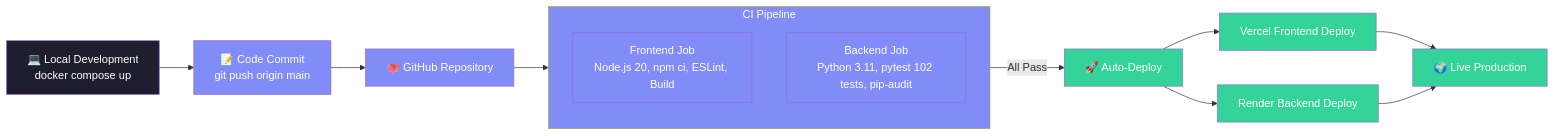
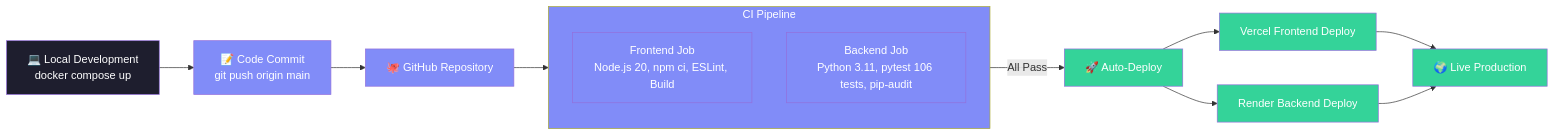
Diagram 19 of 34 in ARCHITECTURE.md (Anil-Pradhan-web/ai-career-mentor), drawn with Mermaid before and after one commit. The commit also changed other lines of this file, not shown here.

Commit message:
docs: sync Section 9 CI tests count and Docker resources with configs

````diff
--- a/ARCHITECTURE.md
+++ b/ARCHITECTURE.md
@@ -1109,31 +1109,31 @@
 ```mermaid
 flowchart LR
     classDef dev fill:#1e1e2e,color:#fff
     classDef ci fill:#818cf8,color:#fff
     classDef deploy fill:#34d399,color:#fff
 
     DEV["💻 Local Development<br/>docker compose up"] --> CODE["📝 Code Commit<br/>git push origin main"]
     
     CODE --> GH["🐙 GitHub Repository"]
     
     GH --> CI["⚙️ GitHub Actions<br/>Parallel CI Pipeline"]
     
     subgraph CI [CI Pipeline]
         FJ["Frontend Job<br/>Node.js 20, npm ci, ESLint, Build"]
-        BJ["Backend Job<br/>Python 3.11, pytest 102 tests, pip-audit"]
+        BJ["Backend Job<br/>Python 3.11, pytest 106 tests, pip-audit"]
     end
     
     CI -->|"All Pass"| DEPLOY["🚀 Auto-Deploy"]
     
     DEPLOY --> VERCEL["Vercel Frontend Deploy"]
     DEPLOY --> RENDER["Render Backend Deploy"]
     
     VERCEL --> LIVE["🌍 Live Production"]
     RENDER --> LIVE
 
     class DEV dev
     class CODE,GH ci
     class CI,FJ,BJ ci
     class DEPLOY,VERCEL,RENDER deploy
     class LIVE deploy
 ```
````
